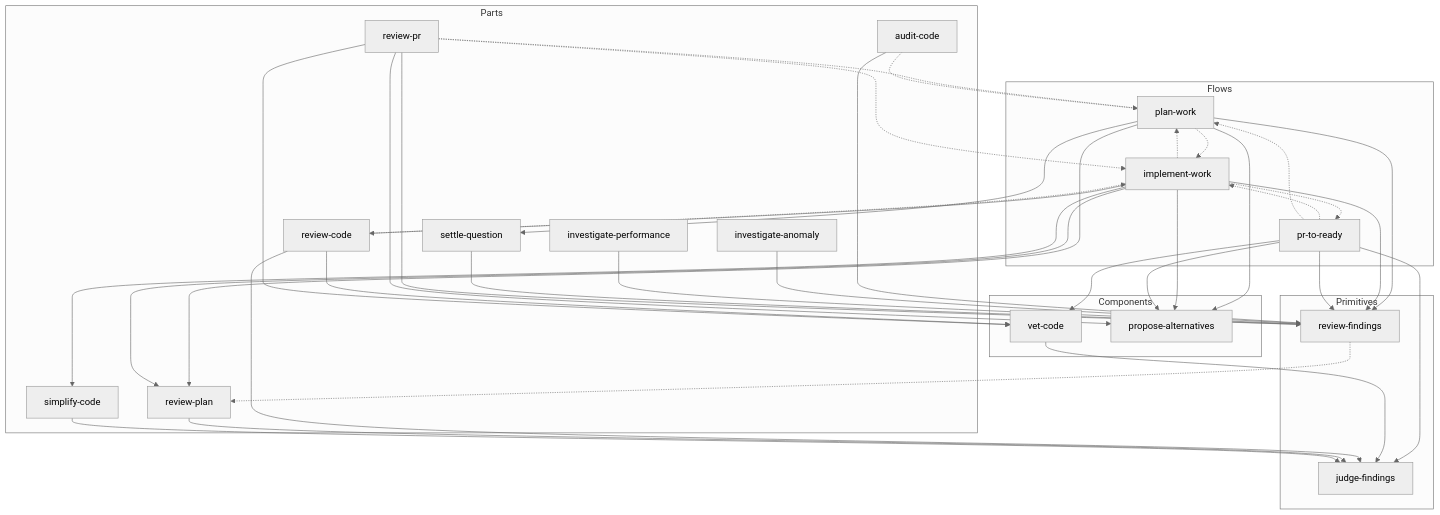
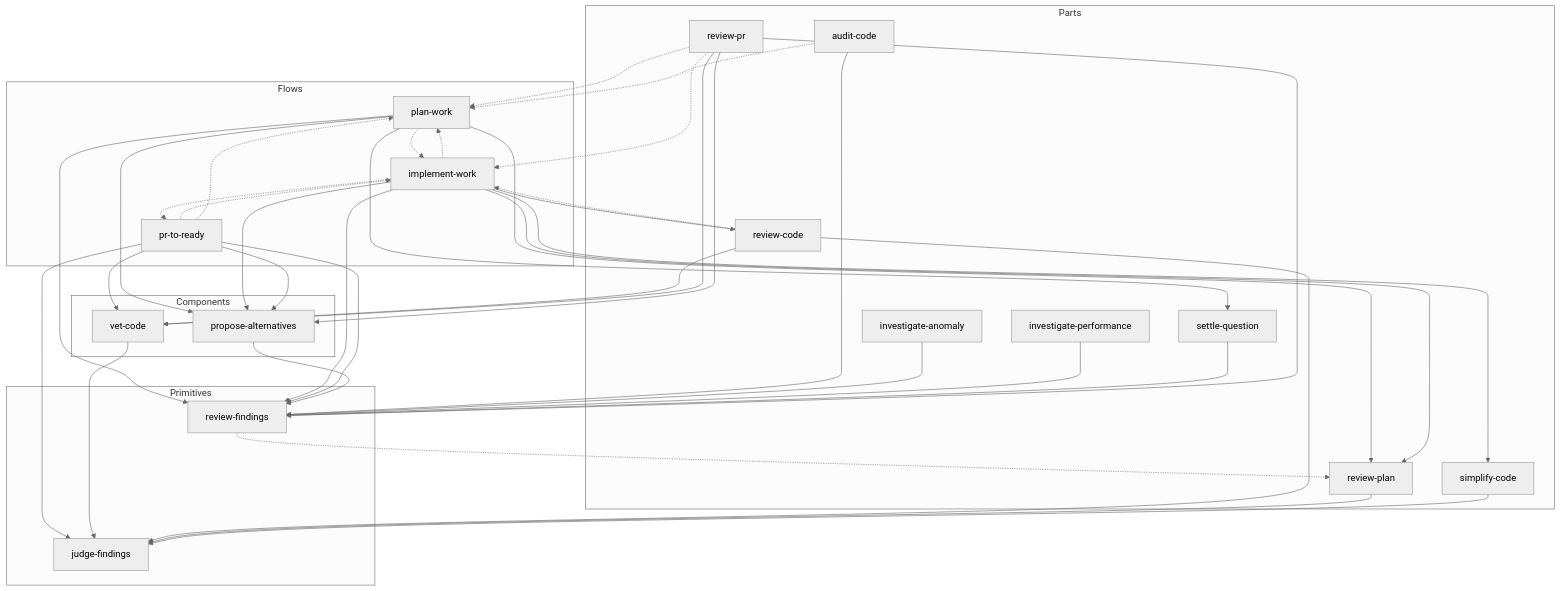
One commit to yowcow/dude changed the first of 2 diagrams in README.md. Above: the diagram before and after it, drawn with Mermaid (neutral theme). The commit also changed 1 other file, not shown here.

Commit message:
ダイアグラムに propose-alternatives から review-findings への辺を足し、AUTHORING の理由の条件を単一出典に揃える

````diff
--- a/README.md
+++ b/README.md
@@ -38,63 +38,64 @@
 ```mermaid
 flowchart TB
   subgraph Flows
     plan-work
     implement-work
     pr-to-ready
   end
   subgraph Parts
     review-code
     review-plan
     simplify-code
     review-pr
     audit-code
     settle-question
     investigate-anomaly
     investigate-performance
   end
   subgraph Components
     vet-code
     propose-alternatives
   end
   subgraph Primitives
     judge-findings
     review-findings
   end
 
   plan-work -.-> implement-work
   implement-work -.-> plan-work
   implement-work -.-> pr-to-ready
   pr-to-ready -.-> implement-work
   pr-to-ready -.-> plan-work
   review-code -.-> implement-work
   review-pr -.-> implement-work
   review-pr -.-> plan-work
   audit-code -.-> plan-work
   review-findings -.-> review-plan
 
   plan-work --> review-plan
   plan-work --> settle-question
   plan-work --> propose-alternatives
   plan-work --> review-findings
   implement-work --> review-code
   implement-work --> review-plan
   implement-work --> simplify-code
   implement-work --> propose-alternatives
   implement-work --> review-findings
   pr-to-ready --> vet-code
   pr-to-ready --> judge-findings
   pr-to-ready --> propose-alternatives
   pr-to-ready --> review-findings
   audit-code --> review-findings
   investigate-anomaly --> review-findings
   investigate-performance --> review-findings
   settle-question --> review-findings
   review-code --> vet-code
   review-pr --> vet-code
   review-pr --> propose-alternatives
   review-pr --> review-findings
+  propose-alternatives --> review-findings
   vet-code --> judge-findings
   review-code --> judge-findings
   review-plan --> judge-findings
   simplify-code --> judge-findings
 ```
````
